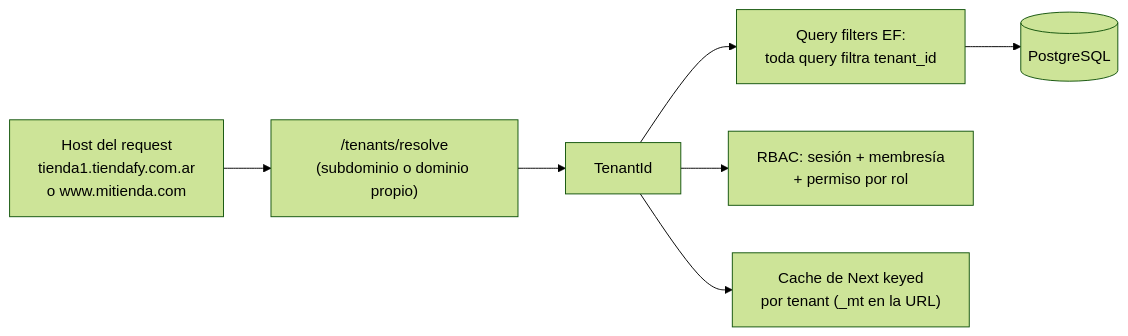
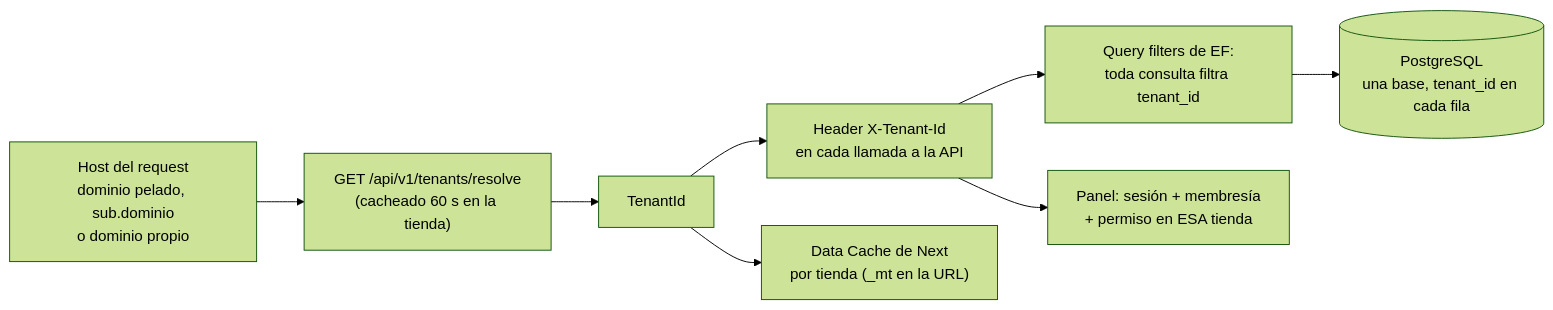
Before and after one commit to alanshalem/tiendafy: the fifth of 5 diagrams in docs/ARQUITECTURA-VISUAL.md, drawn with Mermaid (forest theme). The commit also changed other lines of this file, not shown here.

First line of the commit message:
docs(arquitectura): los diagramas, contra el sistema que está en producción

````diff
--- a/docs/ARQUITECTURA-VISUAL.md
+++ b/docs/ARQUITECTURA-VISUAL.md
@@ -146,9 +263,10 @@
 ```mermaid
 flowchart LR
-    H["Host del request<br/>tienda1.tiendafy.com.ar<br/>o www.mitienda.com"] --> RT["/tenants/resolve<br/>(subdominio o dominio propio)"]
+    H["Host del request<br/>dominio pelado, sub.dominio<br/>o dominio propio"] --> RT["GET /api/v1/tenants/resolve<br/>(cacheado 60 s en la tienda)"]
     RT --> TID["TenantId"]
-    TID --> QF["Query filters EF:<br/>toda query filtra tenant_id"]
-    TID --> RBAC["RBAC: sesión + membresía<br/>+ permiso por rol"]
-    TID --> CACHE["Cache de Next keyed<br/>por tenant (_mt en la URL)"]
-    QF --> PG[("PostgreSQL")]
+    TID --> HDR["Header X-Tenant-Id<br/>en cada llamada a la API"]
+    HDR --> QF["Query filters de EF:<br/>toda consulta filtra tenant_id"]
+    HDR --> RBAC["Panel: sesión + membresía<br/>+ permiso en ESA tienda"]
+    TID --> CACHE["Data Cache de Next<br/>por tienda (_mt en la URL)"]
+    QF --> PG[("PostgreSQL<br/>una base, tenant_id en cada fila")]
 ```
````
